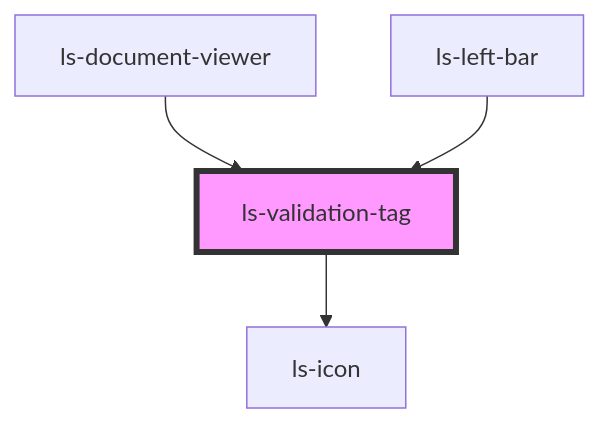
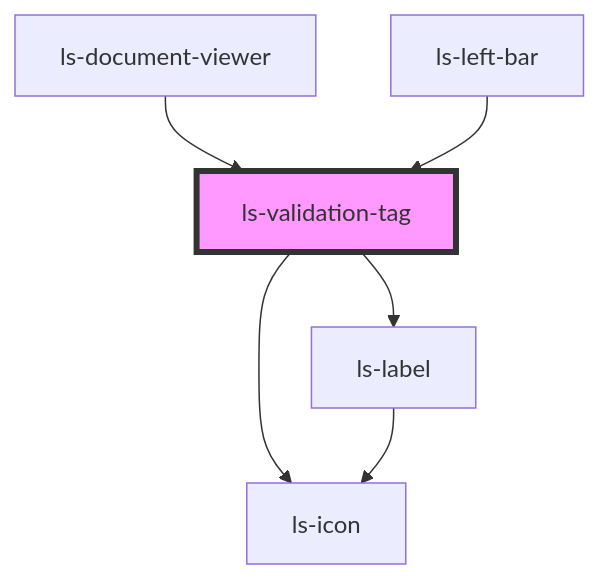
The diagram in src/components/ls-validation-tag/readme.md (legalesign/ls-document-viewer), drawn with Mermaid before and after one commit. The commit also changed other lines of this file and 6 other files, not shown here.

````diff
--- a/src/components/ls-validation-tag/readme.md
+++ b/src/components/ls-validation-tag/readme.md
@@ -39,7 +41,9 @@
 ```mermaid
 graph TD;
   ls-validation-tag --> ls-icon
+  ls-validation-tag --> ls-label
+  ls-label --> ls-icon
   ls-document-viewer --> ls-validation-tag
   ls-left-bar --> ls-validation-tag
   style ls-validation-tag fill:#f9f,stroke:#333,stroke-width:4px
 ```
````
